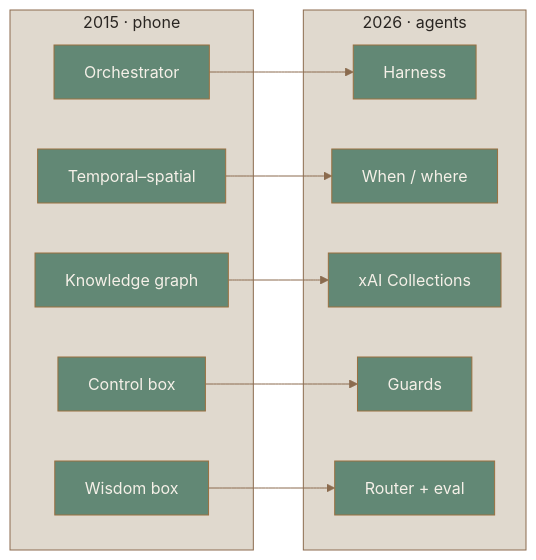
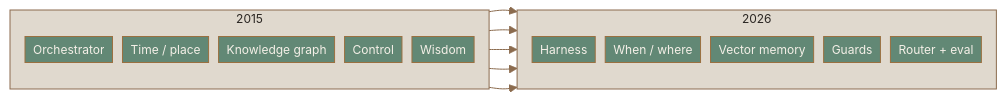
One commit to p10ns11y/p10ns11y changed the diagram in README.md. Above: the diagram before and after it, drawn with Mermaid. The commit also changed other lines of this file, not shown here.

Commit message:
docs: compact architecture diagram and restore metre ML methods
Map knowledge graph to generic vector memory, shrink Mermaid with
useMaxWidth false, and put thepulimaangani offline methods back in Featured.

````diff
--- a/README.md
+++ b/README.md
@@ -50,43 +50,47 @@
 ```mermaid
 %%{init: {
   'theme': 'base',
+  'flowchart': { 'useMaxWidth': false, 'htmlLabels': true, 'padding': 4, 'nodeSpacing': 10, 'rankSpacing': 28 },
   'themeVariables': {
+    'fontSize': '12px',
     'primaryColor': '#628875',
     'primaryTextColor': '#F5F0E8',
     'primaryBorderColor': '#9A7040',
     'secondaryColor': '#E0D9CE',
     'secondaryTextColor': '#2A2622',
     'secondaryBorderColor': '#8B6B4E',
     'tertiaryColor': '#F5F0E8',
     'tertiaryTextColor': '#2A2622',
     'lineColor': '#8B6B4E',
     'textColor': '#2A2622',
     'mainBkg': '#628875',
     'nodeBorder': '#9A7040',
     'clusterBkg': '#E0D9CE',
     'clusterBorder': '#8B6B4E',
     'titleColor': '#2A2622',
     'edgeLabelBackground': '#F5F0E8'
   }
 }}%%
 flowchart LR
-  subgraph y2015["2015 · phone"]
+  subgraph y2015["2015"]
+    direction TB
     O1["Orchestrator"]
-    T1["Temporal–spatial"]
+    T1["Time / place"]
     K1["Knowledge graph"]
-    C1["Control box"]
-    W1["Wisdom box"]
+    C1["Control"]
+    W1["Wisdom"]
   end
-  subgraph y2026["2026 · agents"]
+  subgraph y2026["2026"]
+    direction TB
     O2["Harness"]
     T2["When / where"]
-    K2["xAI Collections"]
+    K2["Vector memory"]
     C2["Guards"]
     W2["Router + eval"]
   end
   O1 --> O2
   T1 --> T2
   K1 --> K2
   C1 --> C2
   W1 --> W2
 ```
````
